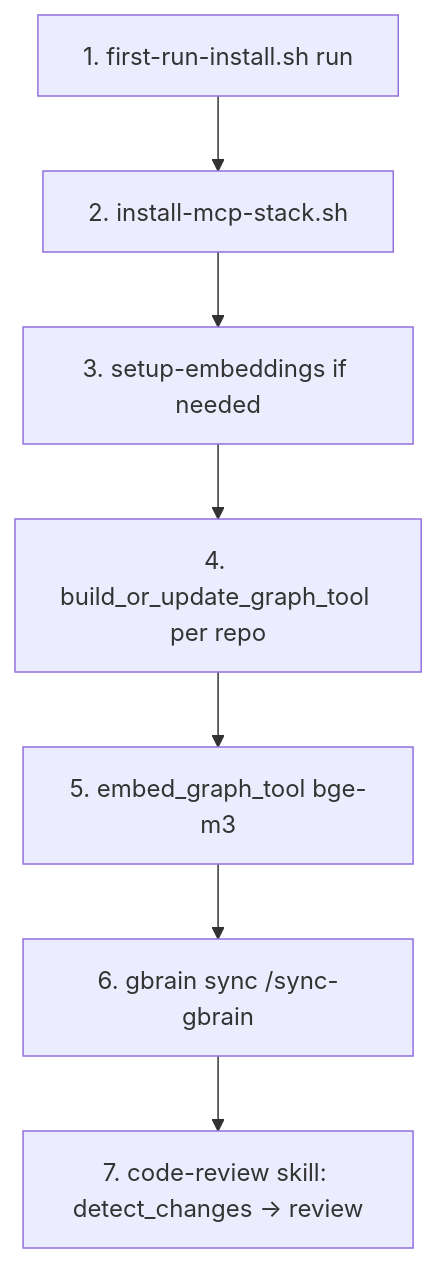
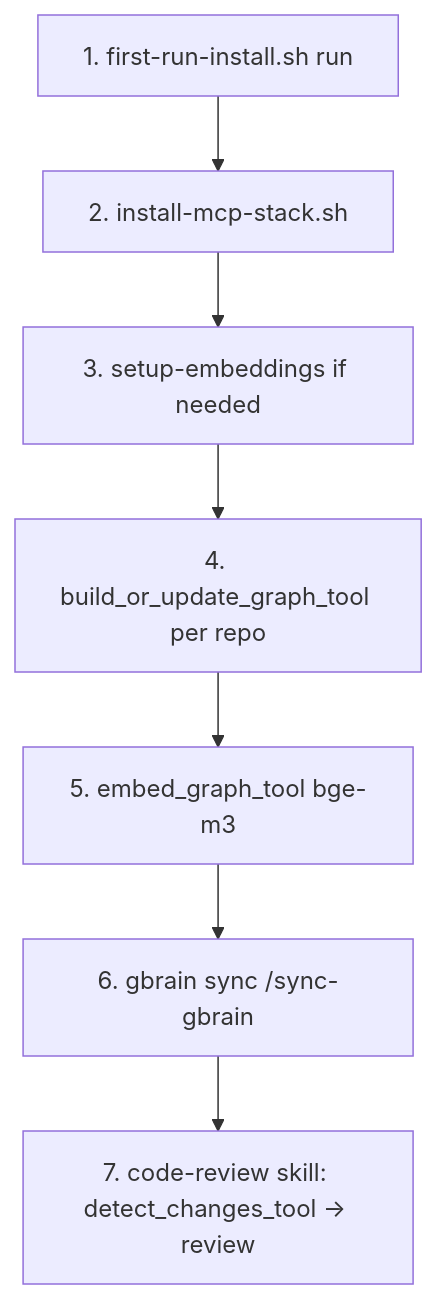
The diagram in docs/how-to/first-run-and-code-review.md (diazMelgarejo/orama-system), drawn with Mermaid before and after one commit. The commit also changed other lines of this file and 5 other files, not shown here.

First line of the commit message:
docs(code-review): align remaining refs to *_tool MCP names

````diff
--- a/docs/how-to/first-run-and-code-review.md
+++ b/docs/how-to/first-run-and-code-review.md
@@ -25,9 +25,9 @@
 ```mermaid
 flowchart TD
   A[1. first-run-install.sh run] --> B[2. install-mcp-stack.sh]
   B --> C[3. setup-embeddings if needed]
   C --> D[4. build_or_update_graph_tool per repo]
   D --> E[5. embed_graph_tool bge-m3]
   E --> F[6. gbrain sync /sync-gbrain]
-  F --> G[7. code-review skill: detect_changes → review]
+  F --> G[7. code-review skill: detect_changes_tool → review]
 ```
````
